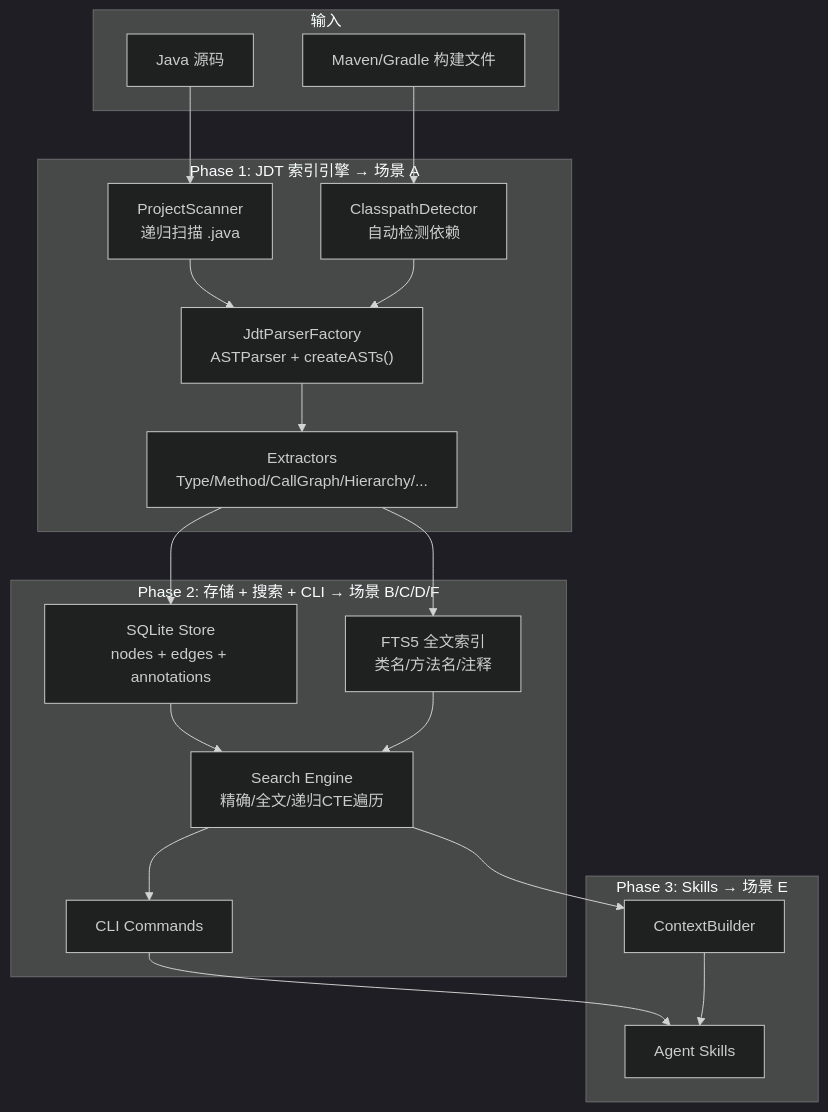
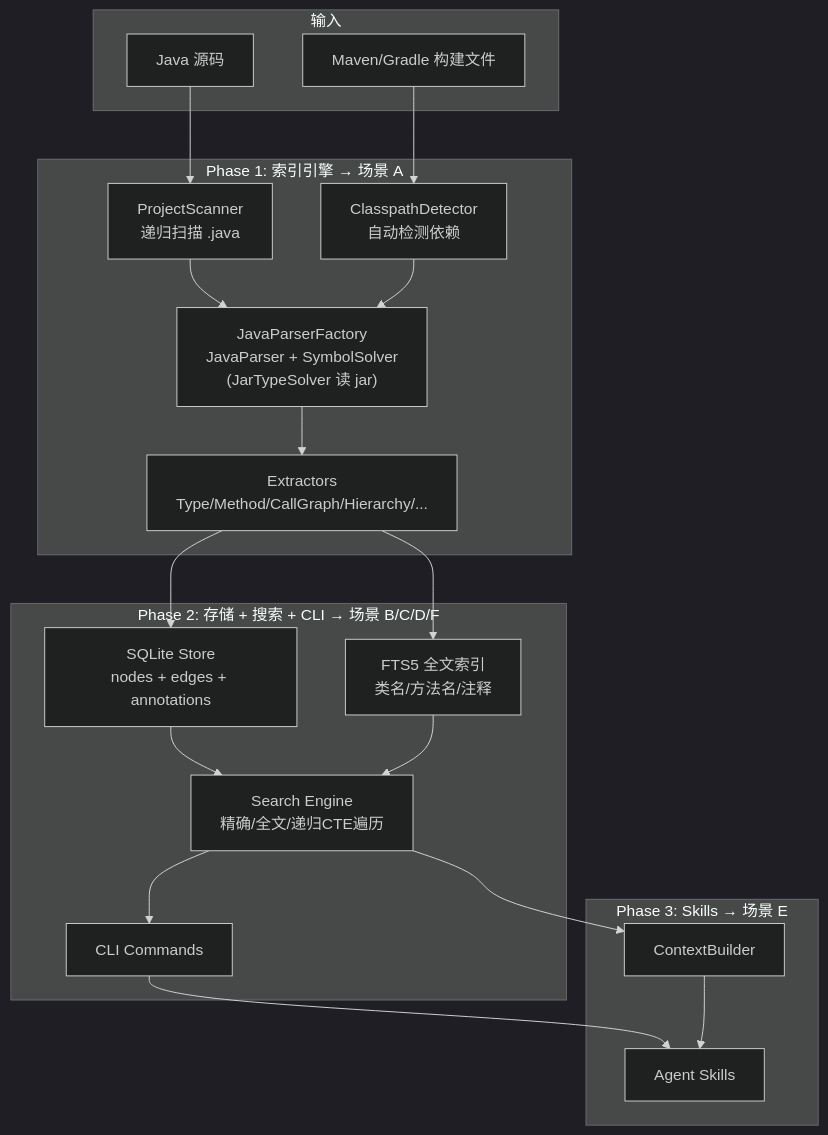
One commit to stream-iori/anatomist changed the sixth of 7 diagrams in DESIGN.md. Above: the diagram before and after it, drawn with Mermaid (dark theme). The commit also changed other lines of this file and 51 other files, not shown here.

First line of the commit message:
Replace JDT with JavaParser + SymbolSolver

````diff
--- a/DESIGN.md
+++ b/DESIGN.md
@@ -855,40 +859,40 @@
 ```mermaid
 graph TB
     subgraph Input["输入"]
         JAVA["Java 源码"]
         BUILD["Maven/Gradle 构建文件"]
     end
 
-    subgraph Phase1["Phase 1: JDT 索引引擎 → 场景 A"]
+    subgraph Phase1["Phase 1: 索引引擎 → 场景 A"]
         SCANNER["ProjectScanner<br/>递归扫描 .java"]
         CLASSPATH["ClasspathDetector<br/>自动检测依赖"]
-        PARSER["JdtParserFactory<br/>ASTParser + createASTs()"]
+        PARSER["JavaParserFactory<br/>JavaParser + SymbolSolver<br/>(JarTypeSolver 读 jar)"]
         EXTRACTORS["Extractors<br/>Type/Method/CallGraph/Hierarchy/..."]
     end
 
     subgraph Phase2["Phase 2: 存储 + 搜索 + CLI → 场景 B/C/D/F"]
         SQLITE_STORE["SQLite Store<br/>nodes + edges + annotations"]
         FTS5["FTS5 全文索引<br/>类名/方法名/注释"]
         SEARCH["Search Engine<br/>精确/全文/递归CTE遍历"]
         CLI["CLI Commands"]
     end
 
     subgraph Phase3["Phase 3: Skills → 场景 E"]
         SKILLS["Agent Skills"]
         CONTEXT["ContextBuilder"]
     end
 
     JAVA --> SCANNER
     BUILD --> CLASSPATH
     SCANNER --> PARSER
     CLASSPATH --> PARSER
     PARSER --> EXTRACTORS
     EXTRACTORS --> SQLITE_STORE
     EXTRACTORS --> FTS5
     SQLITE_STORE --> SEARCH
     FTS5 --> SEARCH
     SEARCH --> CLI
     SEARCH --> CONTEXT
     CLI --> SKILLS
     CONTEXT --> SKILLS
 ```
````
